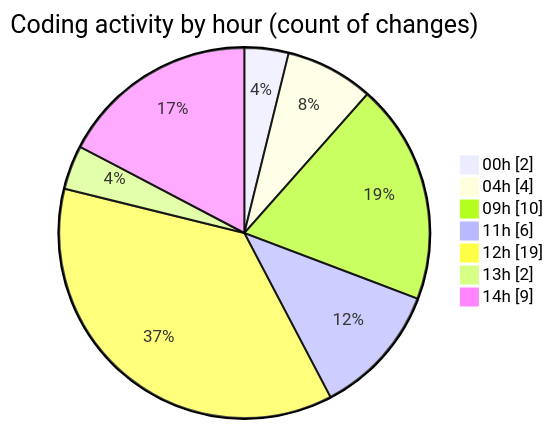
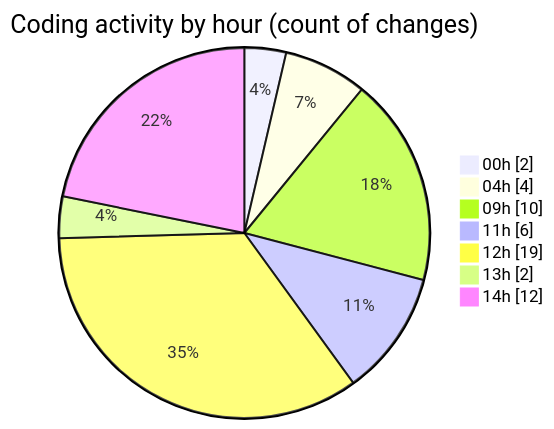
Before and after one commit to julien-gomy/code-tracking: the second of 2 diagrams in 2025-10-28/eventscop-frontend-guide__workspace_/README.md, drawn with Mermaid. The commit also changed other lines of this file and 1 other file, not shown here.

````diff
--- a/2025-10-28/eventscop-frontend-guide__workspace_/README.md
+++ b/2025-10-28/eventscop-frontend-guide__workspace_/README.md
@@ -48,11 +51,11 @@
 ```mermaid
 pie showData
 title Coding activity by hour (count of changes)
 "00h" : 2
 "04h" : 4
 "09h" : 10
 "11h" : 6
 "12h" : 19
 "13h" : 2
-"14h" : 9
+"14h" : 12
 ```
````
